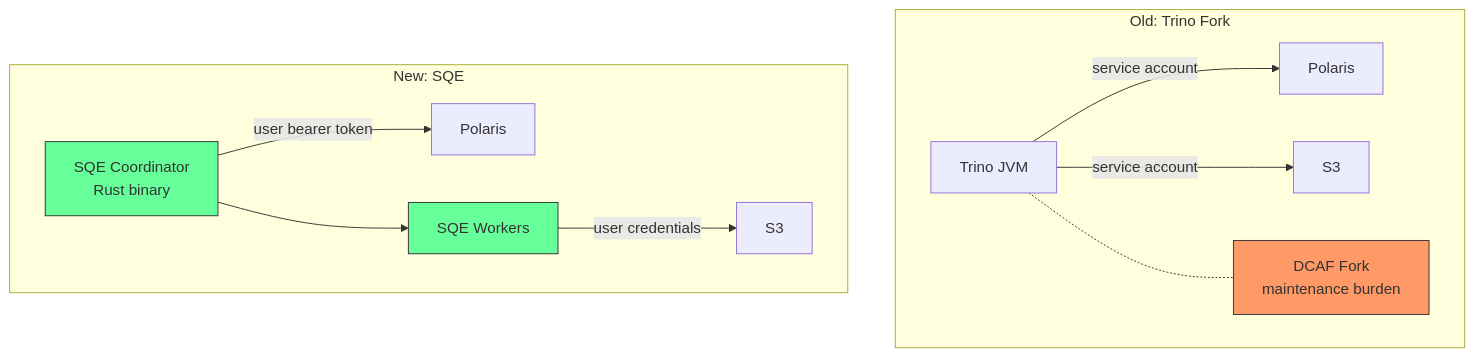
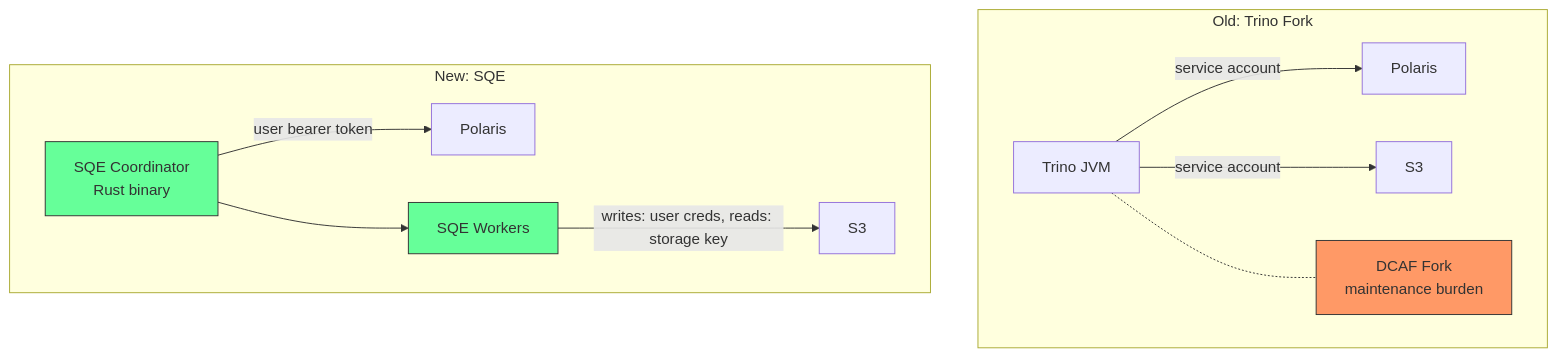
Before and after one commit to schubergphilis/sqe: the diagram in docs/site/book/src/story/why-sqe.md, drawn with Mermaid. The commit also changed other lines of this file and 14 other files, not shown here.

````diff
--- a/docs/site/book/src/story/why-sqe.md
+++ b/docs/site/book/src/story/why-sqe.md
@@ -26,18 +26,18 @@
 ```mermaid
 graph TB
     subgraph "Old: Trino Fork"
         T[Trino JVM] -->|service account| P1[Polaris]
         T -->|service account| S1[S3]
         T -.- Fork[DCAF Fork<br/>maintenance burden]
     end
 
     subgraph "New: SQE"
         C[SQE Coordinator<br/>Rust binary] -->|user bearer token| P2[Polaris]
-        W[SQE Workers] -->|user credentials| S2[S3]
+        W[SQE Workers] -->|"writes: user creds, reads: storage key"| S2[S3]
         C --> W
     end
 
     style Fork fill:#f96,stroke:#333
     style C fill:#6f9,stroke:#333
     style W fill:#6f9,stroke:#333
 ```
````
